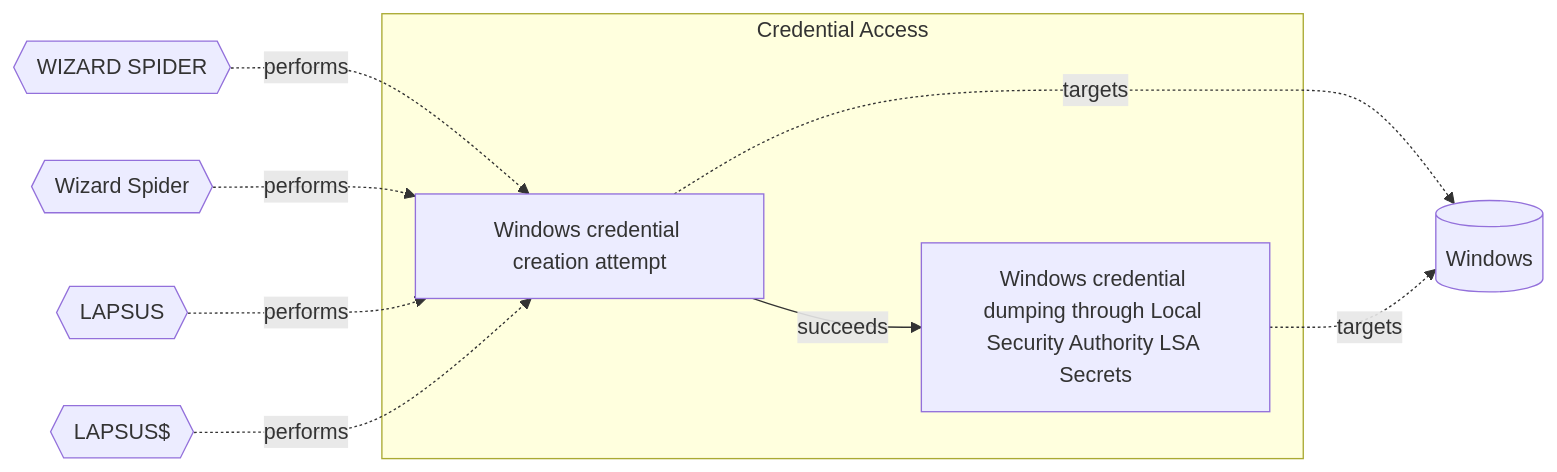
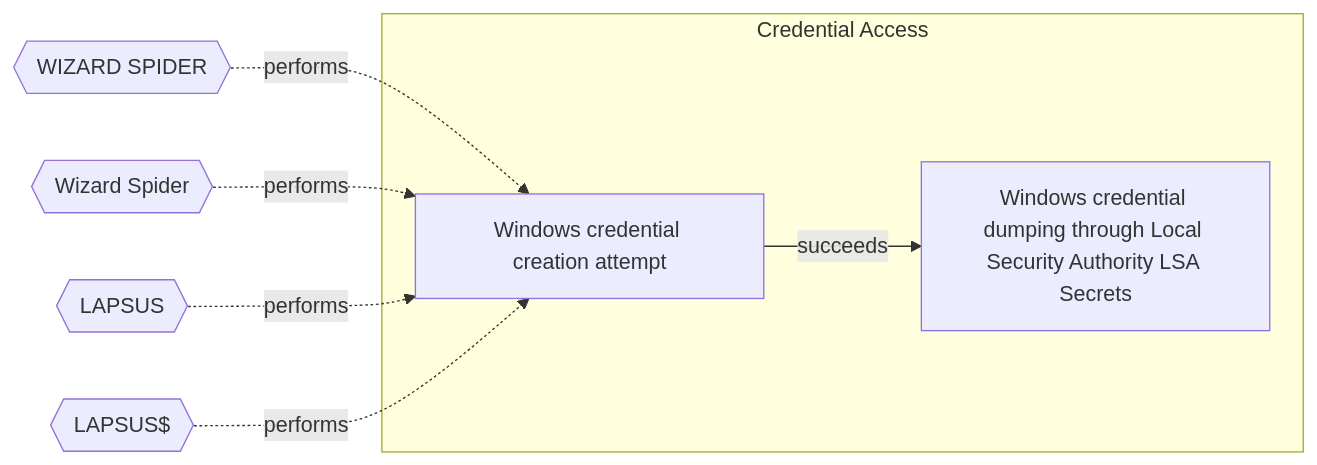
One commit to OpenTideHQ/WikiTide changed the diagram in Models/Threat Vectors/☣️ Windows credential creation attempt.md. Above: the diagram before and after it, drawn with Mermaid. The commit also changed other lines of this file and 232 other files, not shown here.

````diff
--- a/Models/Threat Vectors/☣️ Windows credential creation attempt.md
+++ b/Models/Threat Vectors/☣️ Windows credential creation attempt.md
@@ -107,28 +107,25 @@
 ```mermaid
 
 flowchart LR
 
 09b9aee8-3849-4578-8243-17157d6d54e0[Windows credential creation attempt]
 444e014f-d830-4d0d-9c2e-1f76d80ba380[Windows credential dumping through Local Security Authority LSA Secrets]
 
 subgraph Credential Access
 09b9aee8-3849-4578-8243-17157d6d54e0
 444e014f-d830-4d0d-9c2e-1f76d80ba380
 end
 
-Windows[(Windows)]
 WIZARDSPIDER{{WIZARD SPIDER}}
 WizardSpider{{Wizard Spider}}
 LAPSUS{{LAPSUS}}
 LAPSUS${{LAPSUS$}}
 
-09b9aee8-3849-4578-8243-17157d6d54e0 -.->|targets| Windows
-444e014f-d830-4d0d-9c2e-1f76d80ba380 -.->|targets| Windows
 WIZARDSPIDER -.-> |performs| 09b9aee8-3849-4578-8243-17157d6d54e0
 WizardSpider -.-> |performs| 09b9aee8-3849-4578-8243-17157d6d54e0
 LAPSUS -.-> |performs| 09b9aee8-3849-4578-8243-17157d6d54e0
 LAPSUS$ -.-> |performs| 09b9aee8-3849-4578-8243-17157d6d54e0
 
 09b9aee8-3849-4578-8243-17157d6d54e0 -->|succeeds| 444e014f-d830-4d0d-9c2e-1f76d80ba380
 
 ```
````
